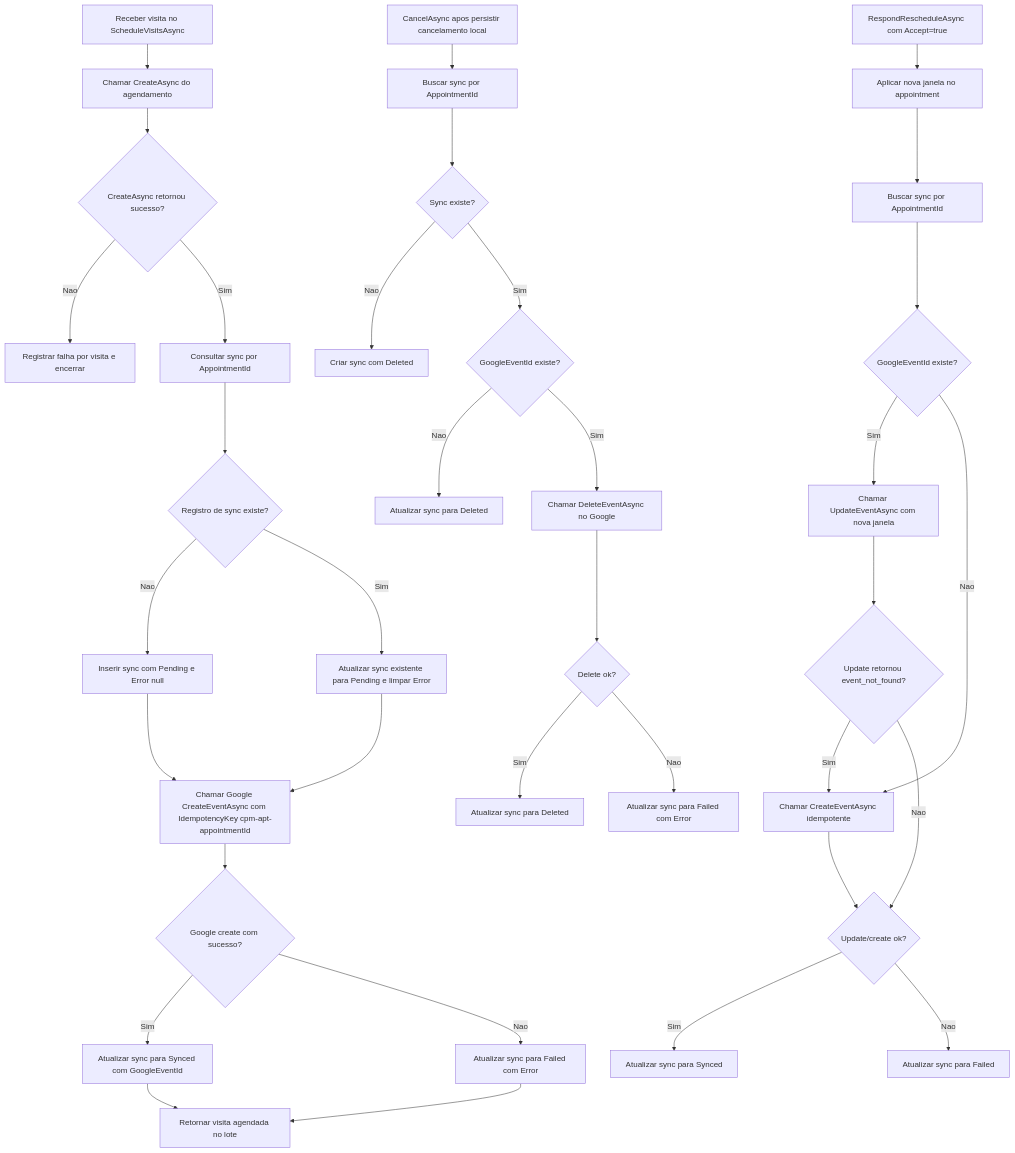
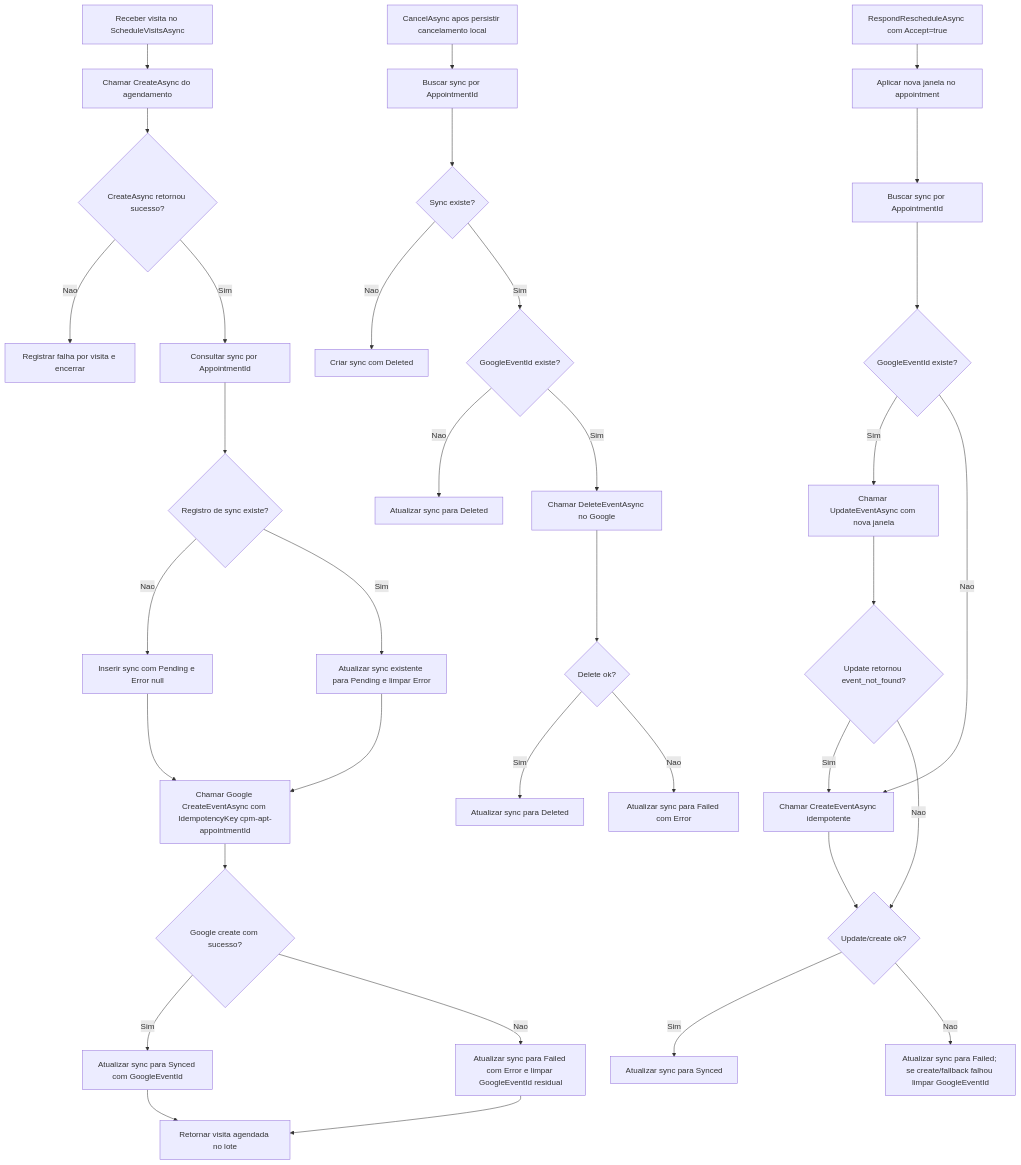
The diagram in Documentacao/DIAGRAMAS/REALTIME_PRESENCA_CHAT/ST-012-sync-agendamento-google-calendar/fluxo-sync-agendamento-google-calendar.mmd (leonardomendes201704/ConsertaPraMim), drawn with Mermaid before and after one commit. The commit also changed 12 other files, not shown here.

Commit message:
feat(st-012): concluir sync Google Calendar com compensacao, descricao de negocio e testes e2e

```diff
--- a/Documentacao/DIAGRAMAS/REALTIME_PRESENCA_CHAT/ST-012-sync-agendamento-google-calendar/fluxo-sync-agendamento-google-calendar.mmd
+++ b/Documentacao/DIAGRAMAS/REALTIME_PRESENCA_CHAT/ST-012-sync-agendamento-google-calendar/fluxo-sync-agendamento-google-calendar.mmd
@@ -1,37 +1,37 @@
 flowchart TD
     A[Receber visita no ScheduleVisitsAsync] --> B[Chamar CreateAsync do agendamento]
     B --> C{CreateAsync retornou sucesso?}
     C -->|Nao| D[Registrar falha por visita e encerrar]
     C -->|Sim| E[Consultar sync por AppointmentId]
     E --> F{Registro de sync existe?}
     F -->|Nao| G[Inserir sync com Pending e Error null]
     F -->|Sim| H[Atualizar sync existente para Pending e limpar Error]
     G --> I[Chamar Google CreateEventAsync com IdempotencyKey cpm-apt-appointmentId]
     H --> I
     I --> J{Google create com sucesso?}
     J -->|Sim| K[Atualizar sync para Synced com GoogleEventId]
-    J -->|Nao| L[Atualizar sync para Failed com Error]
+    J -->|Nao| L[Atualizar sync para Failed com Error e limpar GoogleEventId residual]
     K --> M[Retornar visita agendada no lote]
     L --> M
 
     N[RespondRescheduleAsync com Accept=true] --> O[Aplicar nova janela no appointment]
     O --> P[Buscar sync por AppointmentId]
     P --> Q{GoogleEventId existe?}
     Q -->|Sim| R[Chamar UpdateEventAsync com nova janela]
     Q -->|Nao| S[Chamar CreateEventAsync idempotente]
     R --> T{Update retornou event_not_found?}
     T -->|Sim| S
     T -->|Nao| U{Update/create ok?}
     S --> U
     U -->|Sim| V[Atualizar sync para Synced]
-    U -->|Nao| W[Atualizar sync para Failed]
+    U -->|Nao| W[Atualizar sync para Failed; se create/fallback falhou limpar GoogleEventId]
 
     X[CancelAsync apos persistir cancelamento local] --> Y[Buscar sync por AppointmentId]
     Y --> Z{Sync existe?}
     Z -->|Nao| ZA[Criar sync com Deleted]
     Z -->|Sim| ZB{GoogleEventId existe?}
     ZB -->|Nao| ZC[Atualizar sync para Deleted]
     ZB -->|Sim| ZD[Chamar DeleteEventAsync no Google]
     ZD --> ZE{Delete ok?}
     ZE -->|Sim| ZF[Atualizar sync para Deleted]
     ZE -->|Nao| ZG[Atualizar sync para Failed com Error]
```
